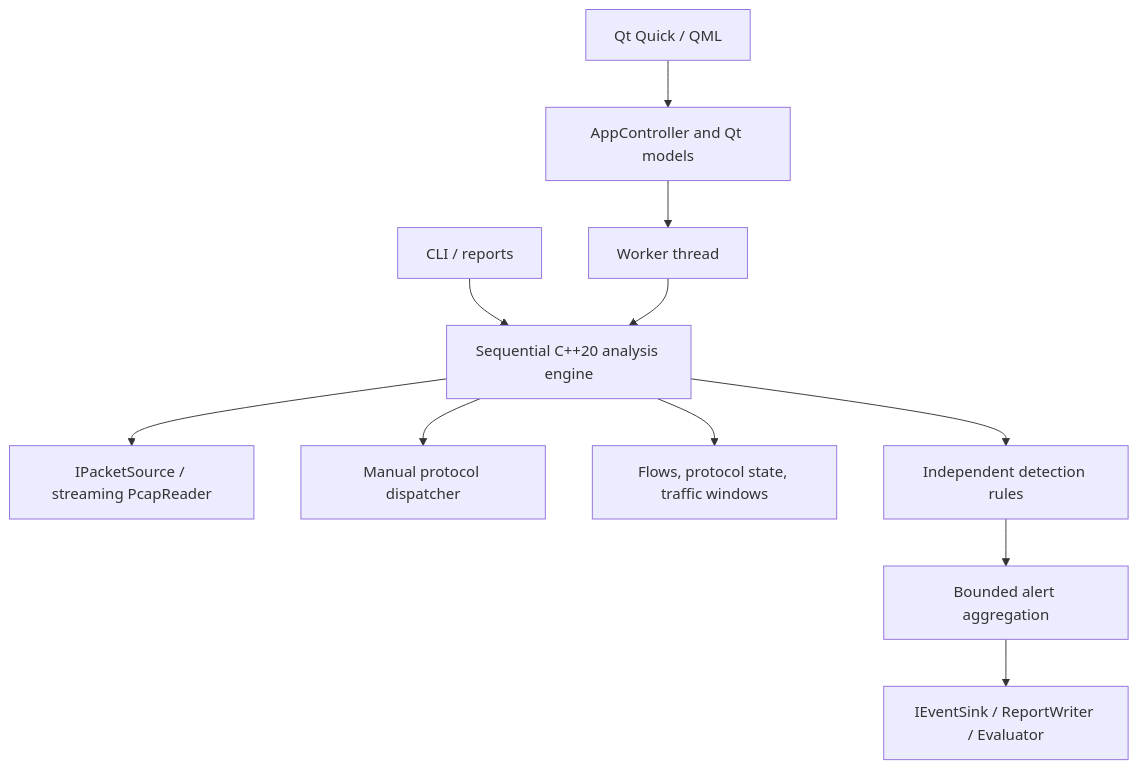
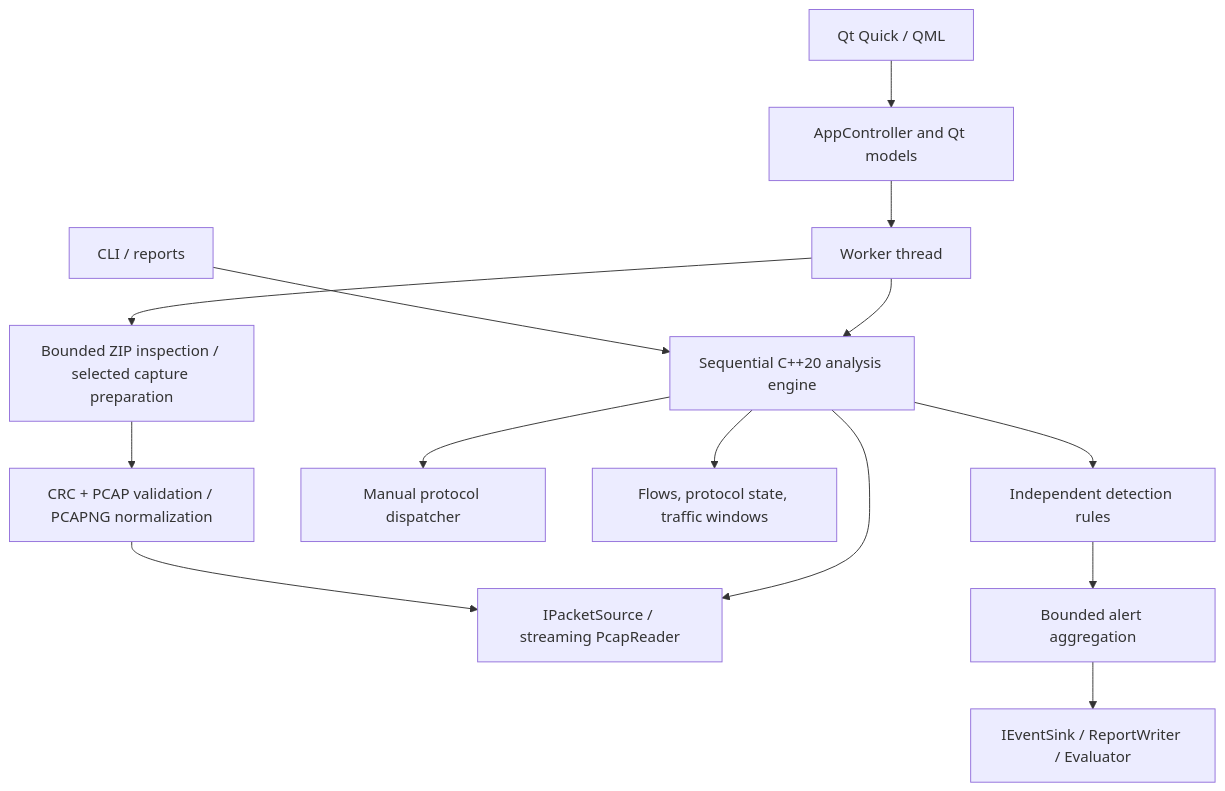
One commit to Kourosh37/mini-nids changed the diagram in docs/architecture.md. Above: the diagram before and after it, drawn with Mermaid. The commit also changed other lines of this file and 48 other files, not shown here.

Commit message:
feat(import): validate ZIP datasets and normalize captures

````diff
--- a/docs/architecture.md
+++ b/docs/architecture.md
@@ -3,13 +3,16 @@
 ```mermaid
 flowchart TD
     CLI[CLI / reports] --> Engine[Sequential C++20 analysis engine]
     QML[Qt Quick / QML] --> Controller[AppController and Qt models]
     Controller --> Worker[Worker thread]
     Worker --> Engine
+    Worker --> ZIP[Bounded ZIP inspection / selected capture preparation]
+    ZIP --> Normalize[CRC + PCAP validation / PCAPNG normalization]
+    Normalize --> Source
     Engine --> Source[IPacketSource / streaming PcapReader]
     Engine --> Decoder[Manual protocol dispatcher]
     Engine --> State[Flows, protocol state, traffic windows]
     Engine --> Rules[Independent detection rules]
     Rules --> Dedup[Bounded alert aggregation]
     Dedup --> Sink[IEventSink / ReportWriter / Evaluator]
 ```
````
